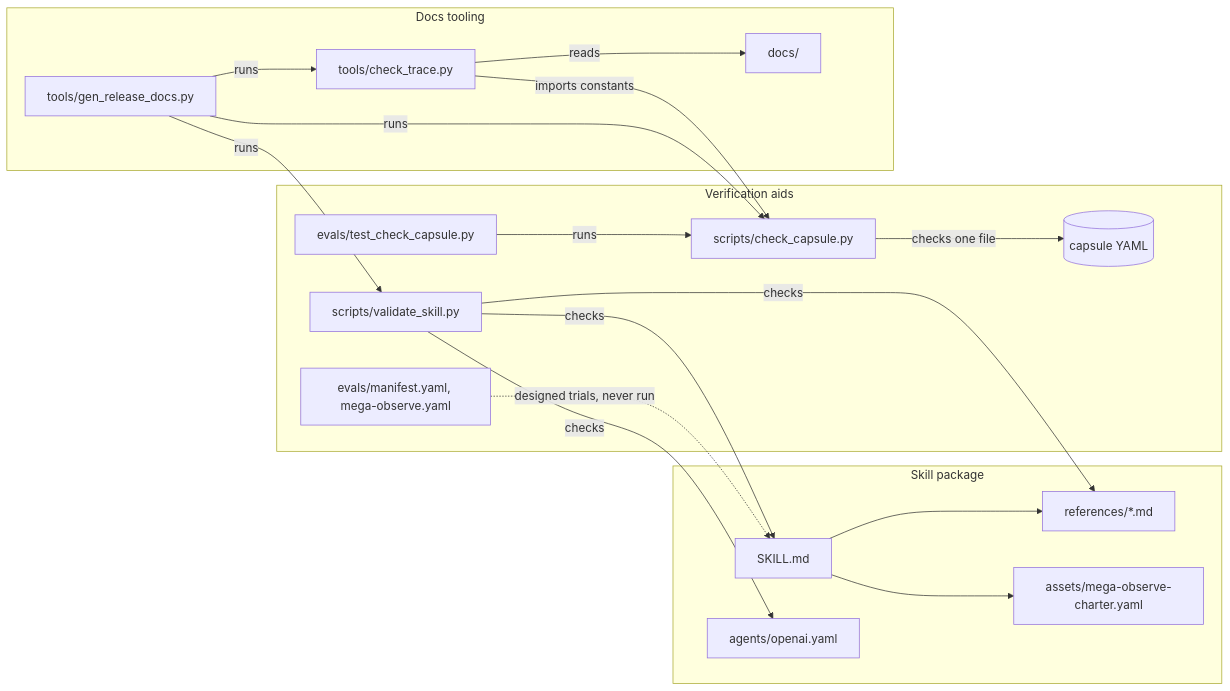
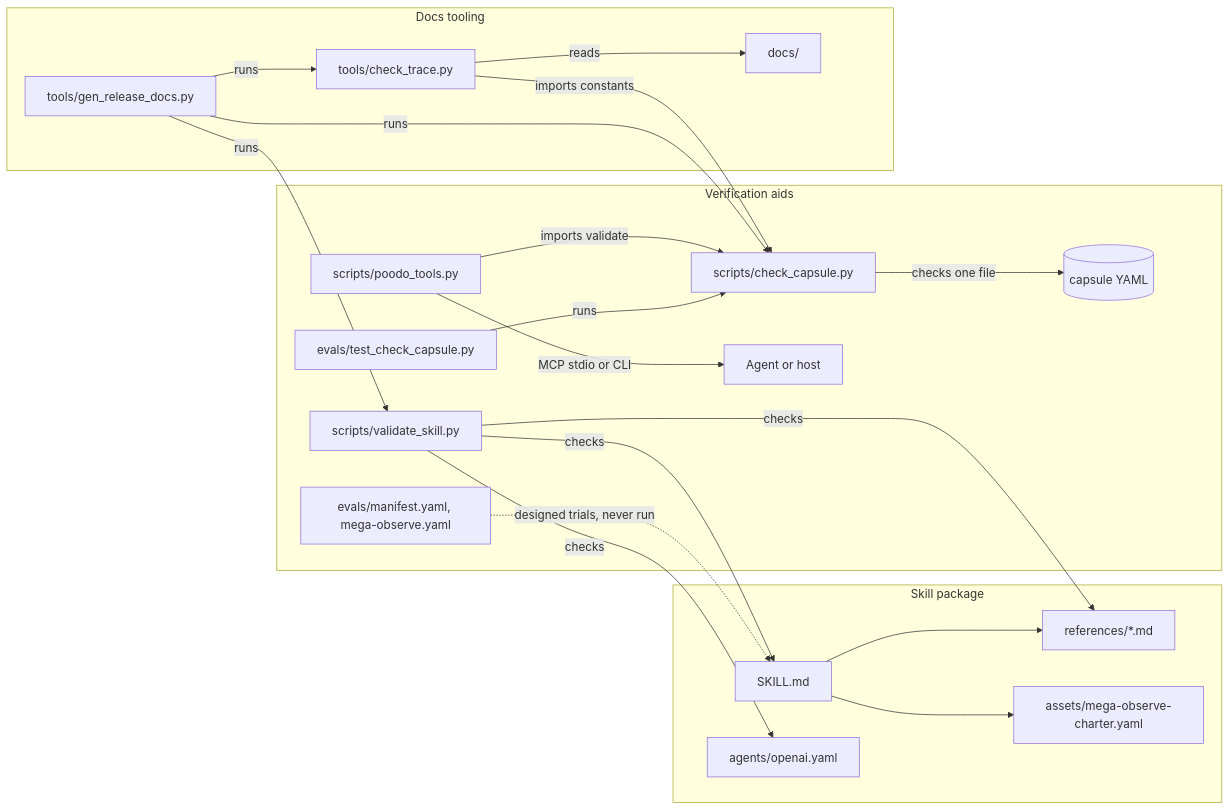
One commit to Akilleez-QA/poodo changed the first of 2 diagrams in docs/architecture/architecture.md. Above: the diagram before and after it, drawn with Mermaid. The commit also changed other lines of this file and 17 other files, not shown here.

First line of the commit message:
Add agent tool surface: stdio MCP server and CLI for structural checks

````diff
--- a/docs/architecture/architecture.md
+++ b/docs/architecture/architecture.md
@@ -42,23 +45,25 @@
 ```mermaid
 flowchart LR
   subgraph Skill package
     S[SKILL.md] --> R[references/*.md]
     S --> A[assets/mega-observe-charter.yaml]
     M[agents/openai.yaml]
   end
   subgraph Verification aids
     V[scripts/validate_skill.py] -->|checks| S
     V -->|checks| M
     V -->|checks| R
     C[scripts/check_capsule.py] -->|checks one file| K[(capsule YAML)]
+    P[scripts/poodo_tools.py] -->|imports validate| C
+    P -->|MCP stdio or CLI| AG[Agent or host]
     T[evals/test_check_capsule.py] -->|runs| C
     E[evals/manifest.yaml, mega-observe.yaml] -.->|designed trials, never run| S
   end
   subgraph Docs tooling
     X[tools/check_trace.py] -->|reads| D[docs/]
     X -->|imports constants| C
     G[tools/gen_release_docs.py] -->|runs| V
     G -->|runs| C
     G -->|runs| X
   end
 ```
````
